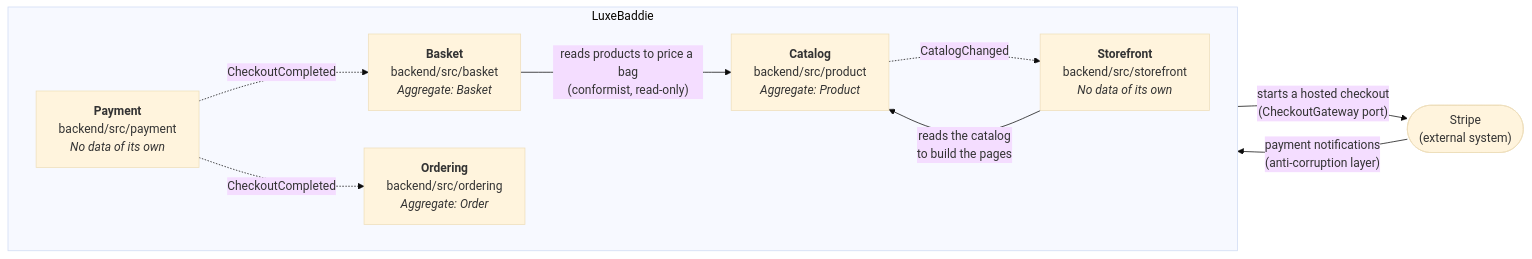
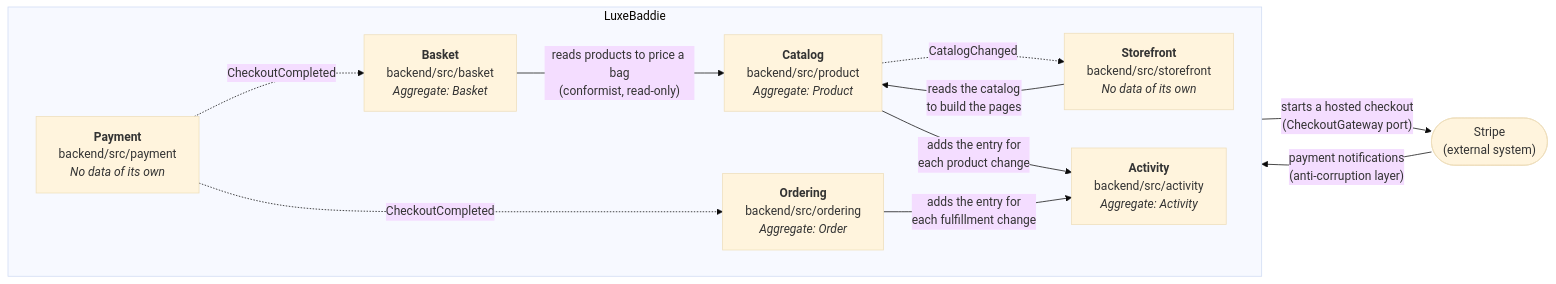
One commit to rossislike/luxebaddie changed the diagram in docs/README.md. Above: the diagram before and after it, drawn with Mermaid (base theme). The commit also changed other lines of this file and 56 other files, not shown here.

````diff
--- a/docs/README.md
+++ b/docs/README.md
@@ -20,21 +20,24 @@
 ```mermaid
 flowchart LR
     stripe(["Stripe<br/>(external system)"])
 
     subgraph luxebaddie["LuxeBaddie"]
         direction LR
         catalog["<b>Catalog</b><br/>backend/src/product<br/><i>Aggregate: Product</i>"]
         basket["<b>Basket</b><br/>backend/src/basket<br/><i>Aggregate: Basket</i>"]
         payment["<b>Payment</b><br/>backend/src/payment<br/><i>No data of its own</i>"]
         ordering["<b>Ordering</b><br/>backend/src/ordering<br/><i>Aggregate: Order</i>"]
         storefront["<b>Storefront</b><br/>backend/src/storefront<br/><i>No data of its own</i>"]
+        activity["<b>Activity</b><br/>backend/src/activity<br/><i>Aggregate: Activity</i>"]
     end
 
     basket -- "reads products to price a bag<br/>(conformist, read-only)" --> catalog
     basket -- "starts a hosted checkout<br/>(CheckoutGateway port)" --> stripe
     stripe -- "payment notifications<br/>(anti-corruption layer)" --> payment
     payment -. "CheckoutCompleted" .-> ordering
     payment -. "CheckoutCompleted" .-> basket
     catalog -. "CatalogChanged" .-> storefront
     storefront -- "reads the catalog<br/>to build the pages" --> catalog
+    catalog -- "adds the entry for<br/>each product change" --> activity
+    ordering -- "adds the entry for<br/>each fulfillment change" --> activity
 ```
````
